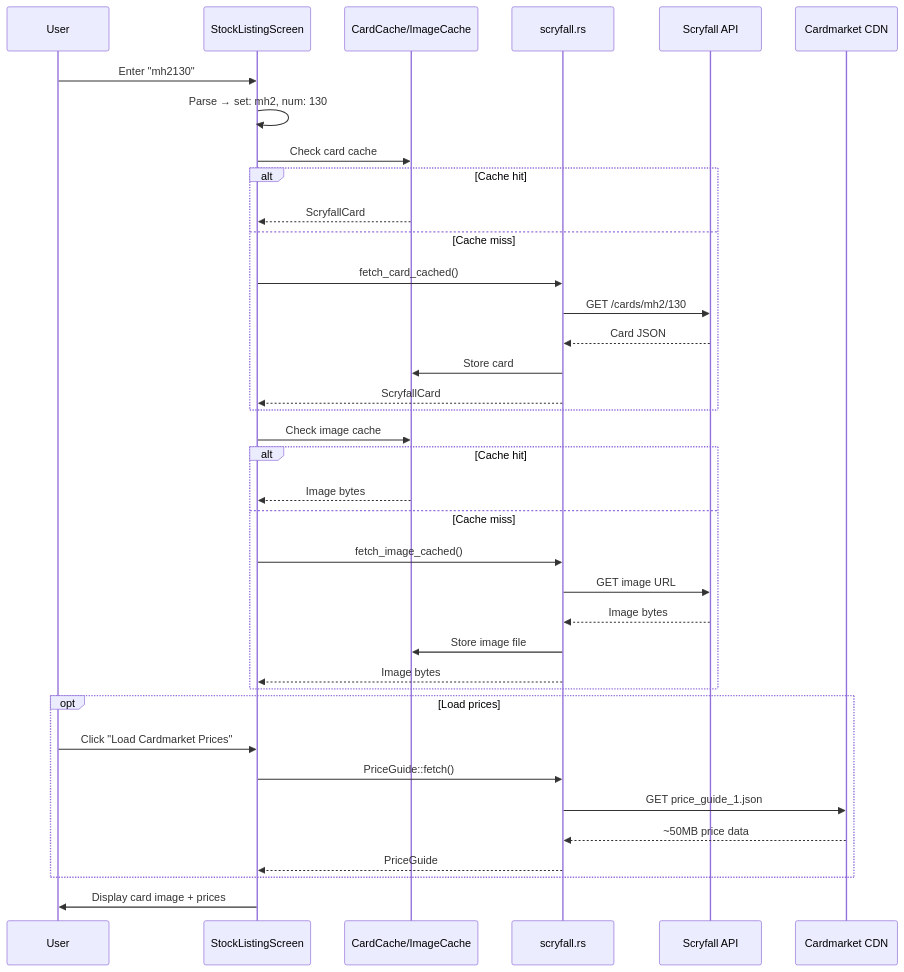
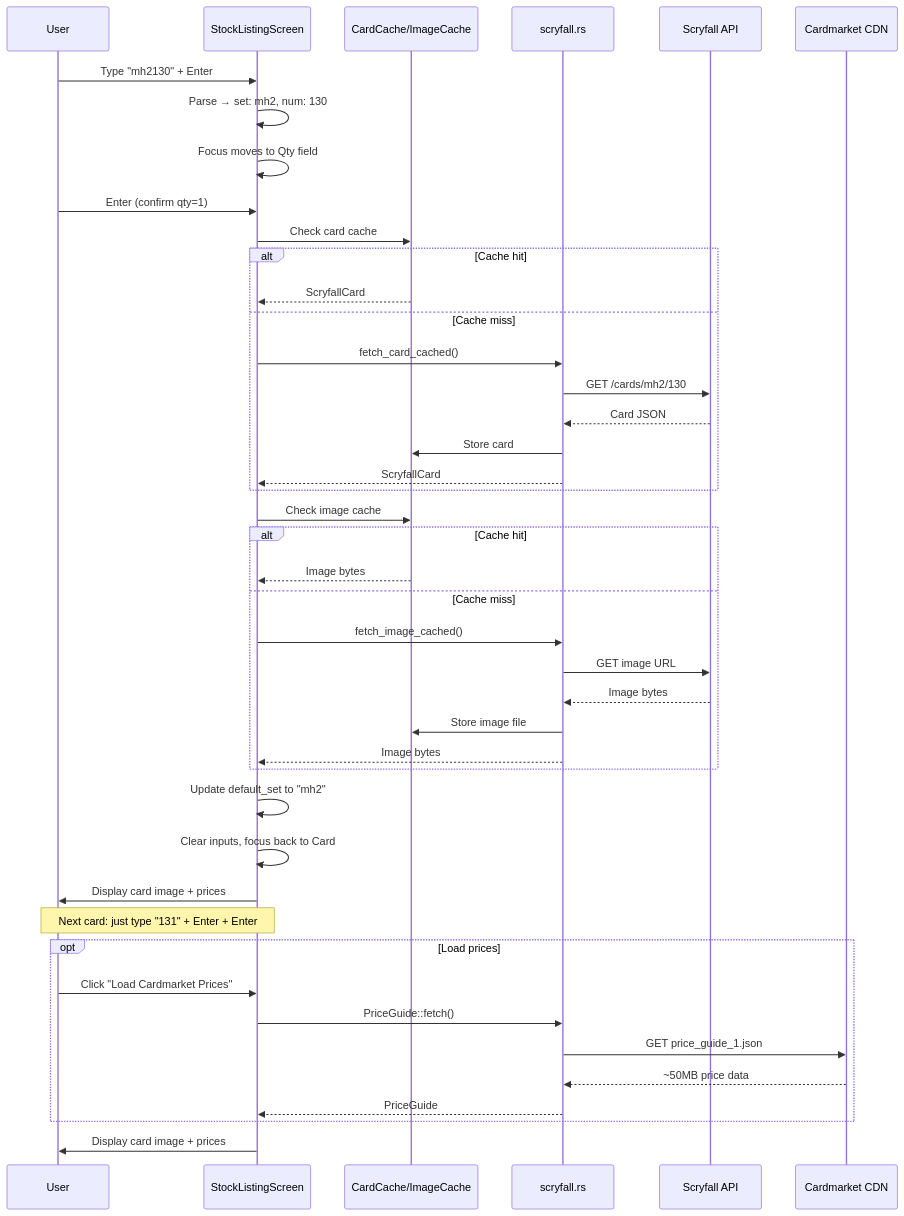
One commit to elheck/d2d_automations changed the fourth of 5 diagrams in check_stock/README.md. Above: the diagram before and after it, drawn with Mermaid. The commit also changed other lines of this file and 1 other file, not shown here.

````diff
--- a/check_stock/README.md
+++ b/check_stock/README.md
@@ -171,44 +181,53 @@
 ```mermaid
 sequenceDiagram
     participant User
     participant GUI as StockListingScreen
     participant Cache as CardCache/ImageCache
     participant Scryfall as scryfall.rs
     participant API as Scryfall API
     participant CDN as Cardmarket CDN
     
-    User->>GUI: Enter "mh2130"
+    User->>GUI: Type "mh2130" + Enter
     GUI->>GUI: Parse → set: mh2, num: 130
+    GUI->>GUI: Focus moves to Qty field
+    
+    User->>GUI: Enter (confirm qty=1)
     
     GUI->>Cache: Check card cache
     alt Cache hit
         Cache-->>GUI: ScryfallCard
     else Cache miss
         GUI->>Scryfall: fetch_card_cached()
         Scryfall->>API: GET /cards/mh2/130
         API-->>Scryfall: Card JSON
         Scryfall->>Cache: Store card
         Scryfall-->>GUI: ScryfallCard
     end
     
     GUI->>Cache: Check image cache
     alt Cache hit
         Cache-->>GUI: Image bytes
     else Cache miss
         GUI->>Scryfall: fetch_image_cached()
         Scryfall->>API: GET image URL
         API-->>Scryfall: Image bytes
         Scryfall->>Cache: Store image file
         Scryfall-->>GUI: Image bytes
     end
     
+    GUI->>GUI: Update default_set to "mh2"
+    GUI->>GUI: Clear inputs, focus back to Card
+    GUI->>User: Display card image + prices
+    
+    Note over User,GUI: Next card: just type "131" + Enter + Enter
+    
     opt Load prices
         User->>GUI: Click "Load Cardmarket Prices"
         GUI->>Scryfall: PriceGuide::fetch()
         Scryfall->>CDN: GET price_guide_1.json
         CDN-->>Scryfall: ~50MB price data
         Scryfall-->>GUI: PriceGuide
     end
     
     GUI->>User: Display card image + prices
 ```
````
